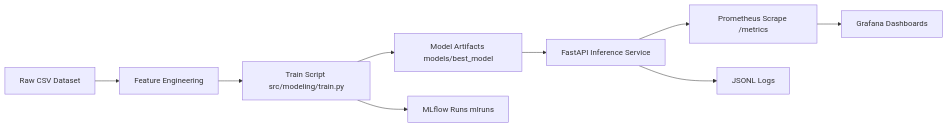
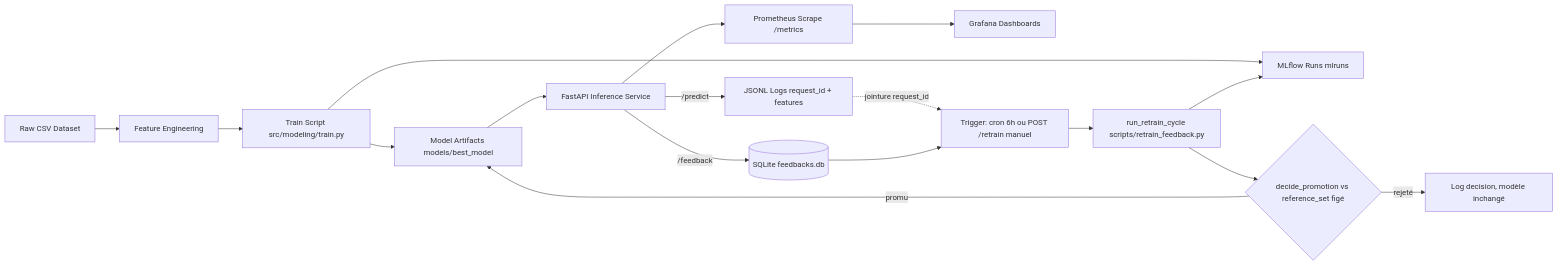
Before and after one commit to userZku/multimodal-classification: the first of 3 diagrams in README.md, drawn with Mermaid. The commit also changed other lines of this file and 3 other files, not shown here.

First line of the commit message:
docs: documenter la boucle de feedback et corriger les diagrammes obsoletes

````diff
--- a/README.md
+++ b/README.md
@@ -67,11 +70,19 @@
 ```mermaid
 flowchart LR
    A[Raw CSV Dataset] --> B[Feature Engineering]
    B --> C[Train Script src/modeling/train.py]
    C --> D[Model Artifacts models/best_model]
    C --> E[MLflow Runs mlruns]
    D --> F[FastAPI Inference Service]
    F --> G[Prometheus Scrape /metrics]
    G --> H[Grafana Dashboards]
-   F --> I[JSONL Logs]
+   F -- /predict --> I[JSONL Logs request_id + features]
+   F -- /feedback --> J[(SQLite feedbacks.db)]
+   I -.jointure request_id.-> K
+   J --> K[Trigger: cron 6h ou POST /retrain manuel]
+   K --> L[run_retrain_cycle scripts/retrain_feedback.py]
+   L --> M{decide_promotion vs reference_set figé}
+   L --> E
+   M -- promu --> D
+   M -- rejeté --> N[Log decision, modèle inchangé]
 ```
````
